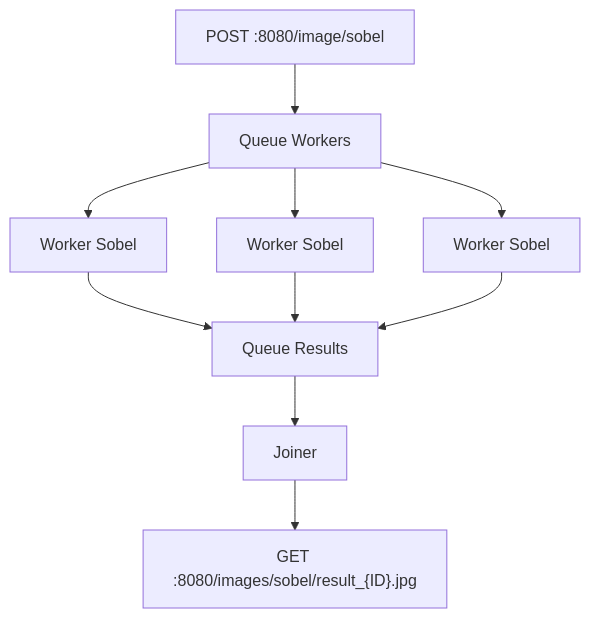
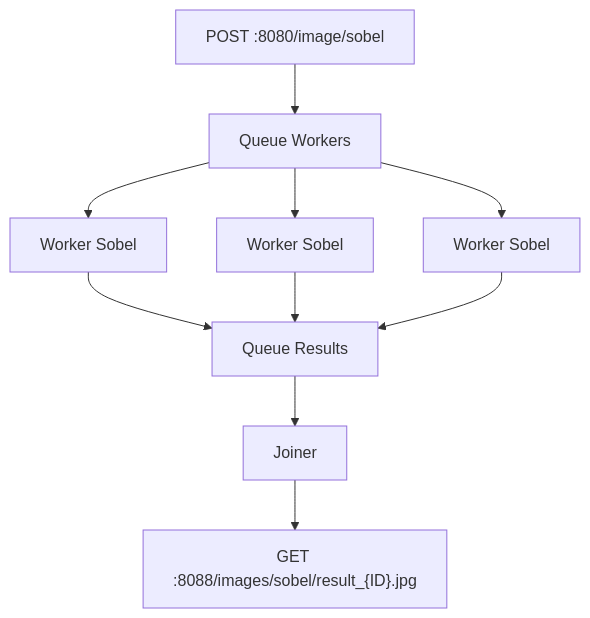
The diagram in hit1/etapa2/README.md (UlisesCasal/TP3-GrupoAmarillo-SIP2026), drawn with Mermaid before and after one commit. The commit also changed other lines of this file and 7 other files, not shown here.

````diff
--- a/hit1/etapa2/README.md
+++ b/hit1/etapa2/README.md
@@ -17,18 +7,18 @@
 ```mermaid
 graph TD
     Endpoint["POST :8080/image/sobel"]
     Queue_workers["Queue Workers"]
     Queue_results["Queue Results"]
     Worker1["Worker Sobel"]
     Worker2["Worker Sobel"]
     Worker3["Worker Sobel"]
     Endpoint --> Queue_workers
     Queue_workers --> Worker1
     Queue_workers --> Worker2
     Queue_workers --> Worker3
     Worker1 --> Queue_results
     Worker2 --> Queue_results
     Worker3 --> Queue_results
     Queue_results --> Joiner["Joiner"]
-    Joiner --> Endpoint_result["GET :8080/images/sobel/result_{ID}.jpg"]
+    Joiner --> Endpoint_result["GET :8088/images/sobel/result_{ID}.jpg"]
 ```
````
